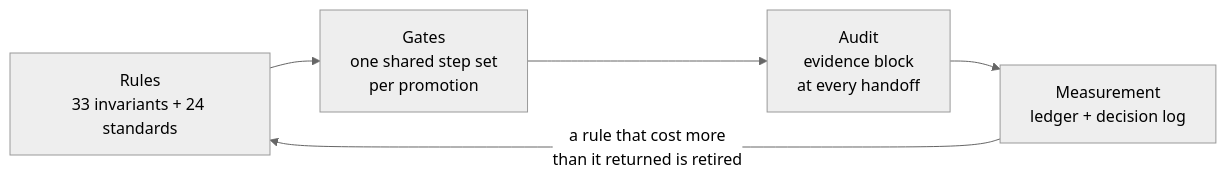
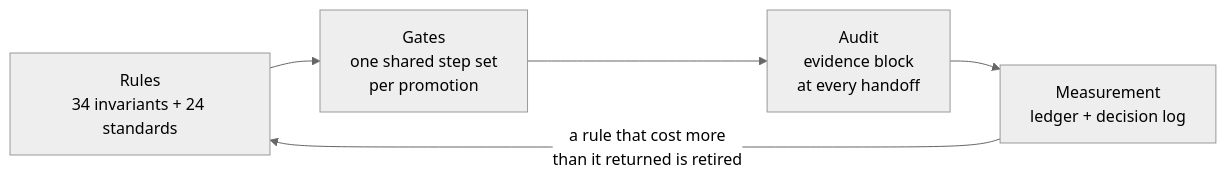
One commit to adyusuf/claude-code-standards changed the first of 4 diagrams in README.md. Above: the diagram before and after it, drawn with Mermaid (neutral theme). The commit also changed other lines of this file and 3 other files, not shown here.

````diff
--- a/README.md
+++ b/README.md
@@ -186,7 +186,7 @@
 ```mermaid
 flowchart LR
-    R["Rules<br/>33 invariants + 24 standards"] --> G["Gates<br/>one shared step set<br/>per promotion"]
+    R["Rules<br/>34 invariants + 24 standards"] --> G["Gates<br/>one shared step set<br/>per promotion"]
     G --> A["Audit<br/>evidence block<br/>at every handoff"]
     A --> M["Measurement<br/>ledger + decision log"]
     M -->|"a rule that cost more<br/>than it returned is retired"| R
 ```
````
